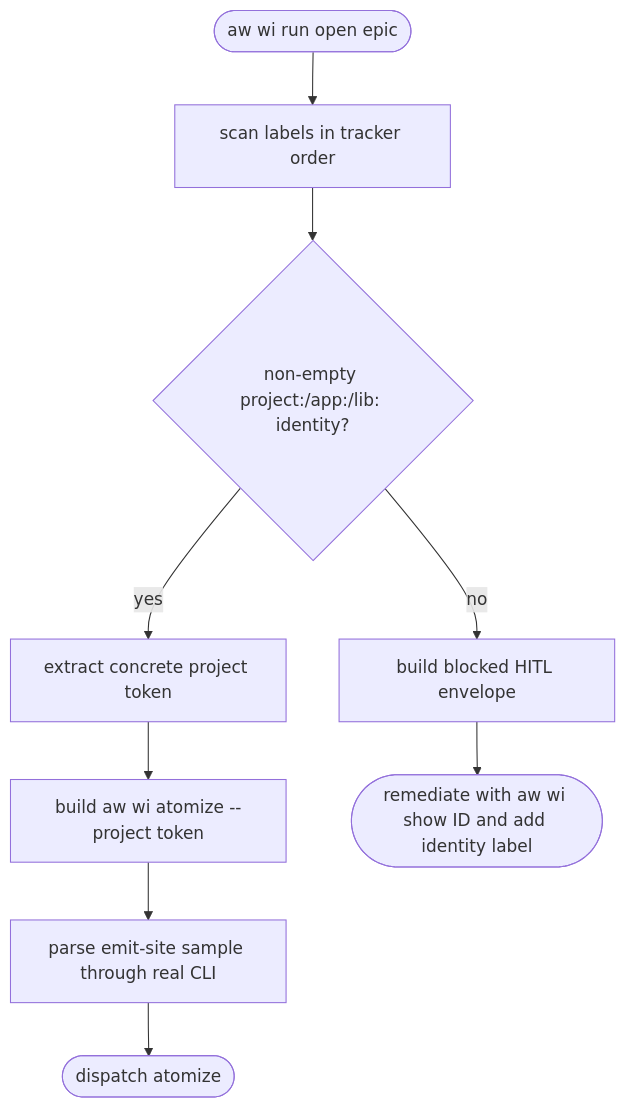
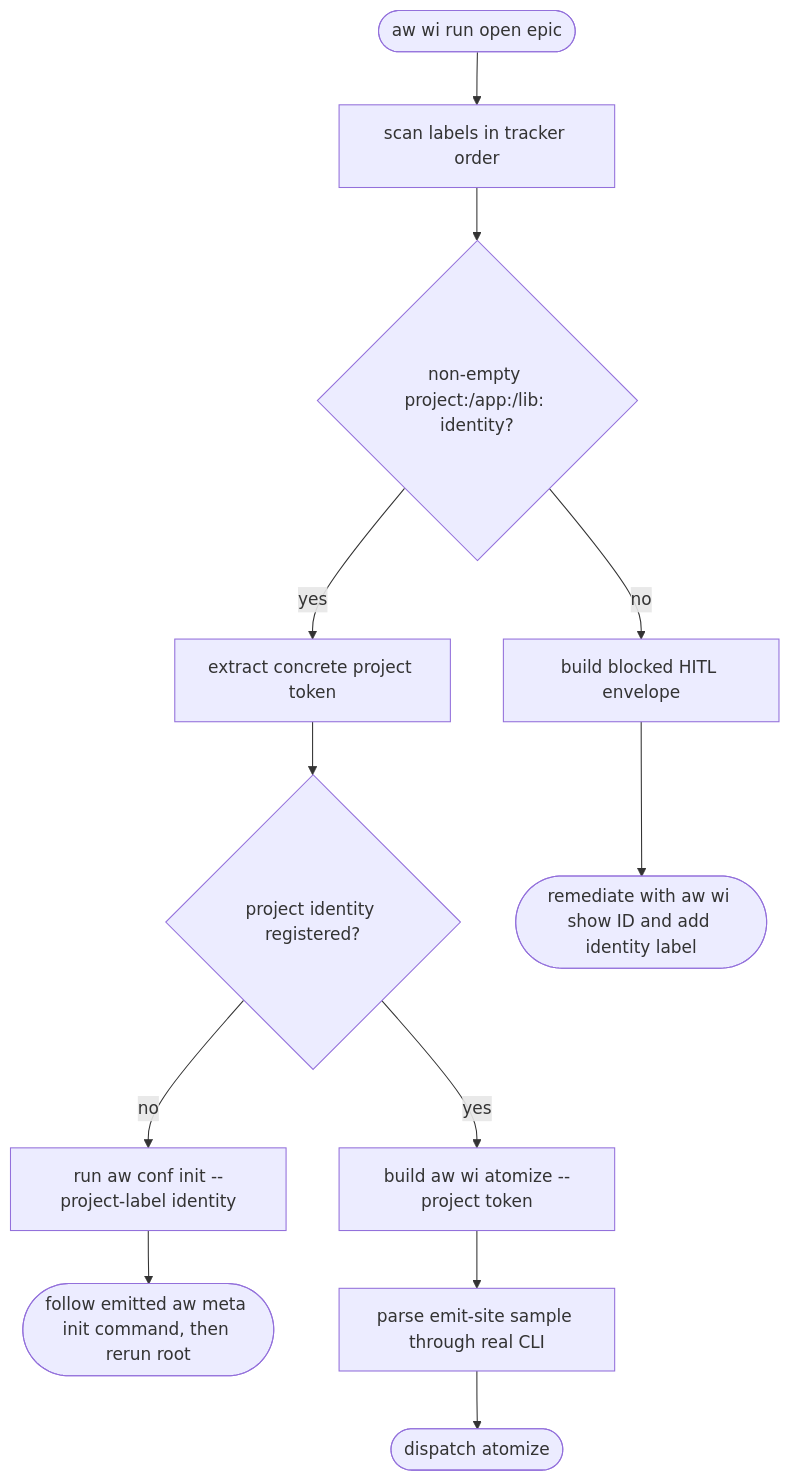
One commit to chrischeng-c4/axiom changed the first of 2 diagrams in apps/agentic-workflow/tech-design/semantic/aw-epic-project-label-dispatch.md. Above: the diagram before and after it, drawn with Mermaid. The commit also changed other lines of this file and 8 other files, not shown here.

````diff
--- a/apps/agentic-workflow/tech-design/semantic/aw-epic-project-label-dispatch.md
+++ b/apps/agentic-workflow/tech-design/semantic/aw-epic-project-label-dispatch.md
@@ -19,34 +19,43 @@
 ```mermaid
 ---
 id: aw-epic-project-label-dispatch
 entry: epic
 nodes:
   epic: { kind: start, label: "aw wi run open epic" }
   labels: { kind: process, label: "scan labels in tracker order" }
   supported: { kind: decision, label: "non-empty project:/app:/lib: identity?" }
   project: { kind: process, label: "extract concrete project token" }
+  registered: { kind: decision, label: "project identity registered?" }
+  bootstrap: { kind: process, label: "run aw conf init --project-label identity" }
+  meta: { kind: terminal, label: "follow emitted aw meta init command, then rerun root" }
   atomize: { kind: process, label: "build aw wi atomize --project token" }
   validate: { kind: process, label: "parse emit-site sample through real CLI" }
   dispatch: { kind: terminal, label: "dispatch atomize" }
   blocked: { kind: process, label: "build blocked HITL envelope" }
   inspect: { kind: terminal, label: "remediate with aw wi show ID and add identity label" }
 edges:
   - { from: epic, to: labels }
   - { from: labels, to: supported }
   - { from: supported, to: project, label: "yes" }
-  - { from: project, to: atomize }
+  - { from: project, to: registered }
+  - { from: registered, to: atomize, label: "yes" }
+  - { from: registered, to: bootstrap, label: "no" }
+  - { from: bootstrap, to: meta }
   - { from: atomize, to: validate }
   - { from: validate, to: dispatch }
   - { from: supported, to: blocked, label: "no" }
   - { from: blocked, to: inspect }
 ---
 flowchart TD
   epic([aw wi run open epic]) --> labels[scan labels in tracker order]
   labels --> supported{non-empty project:/app:/lib: identity?}
   supported -->|yes| project[extract concrete project token]
-  project --> atomize[build aw wi atomize --project token]
+  project --> registered{project identity registered?}
+  registered -->|yes| atomize[build aw wi atomize --project token]
+  registered -->|no| bootstrap[run aw conf init --project-label identity]
+  bootstrap --> meta([follow emitted aw meta init command, then rerun root])
   atomize --> validate[parse emit-site sample through real CLI]
   validate --> dispatch([dispatch atomize])
   supported -->|no| blocked[build blocked HITL envelope]
   blocked --> inspect([remediate with aw wi show ID and add identity label])
 ```
````
